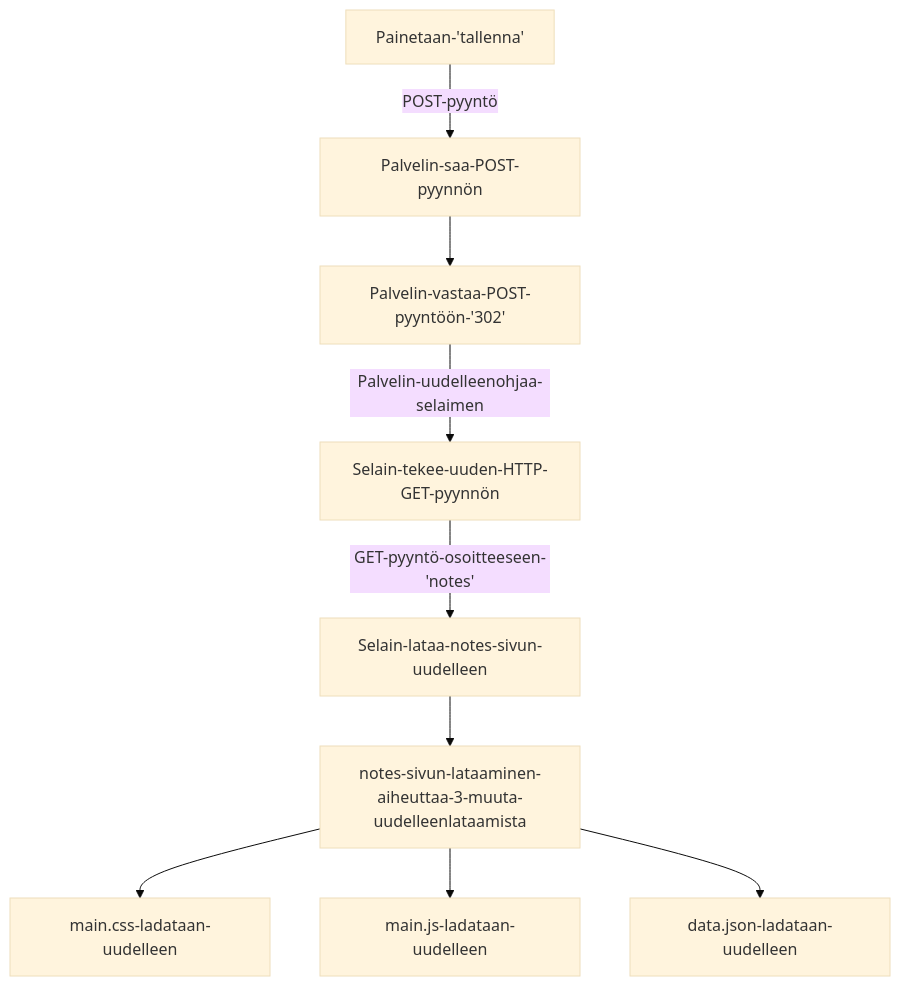
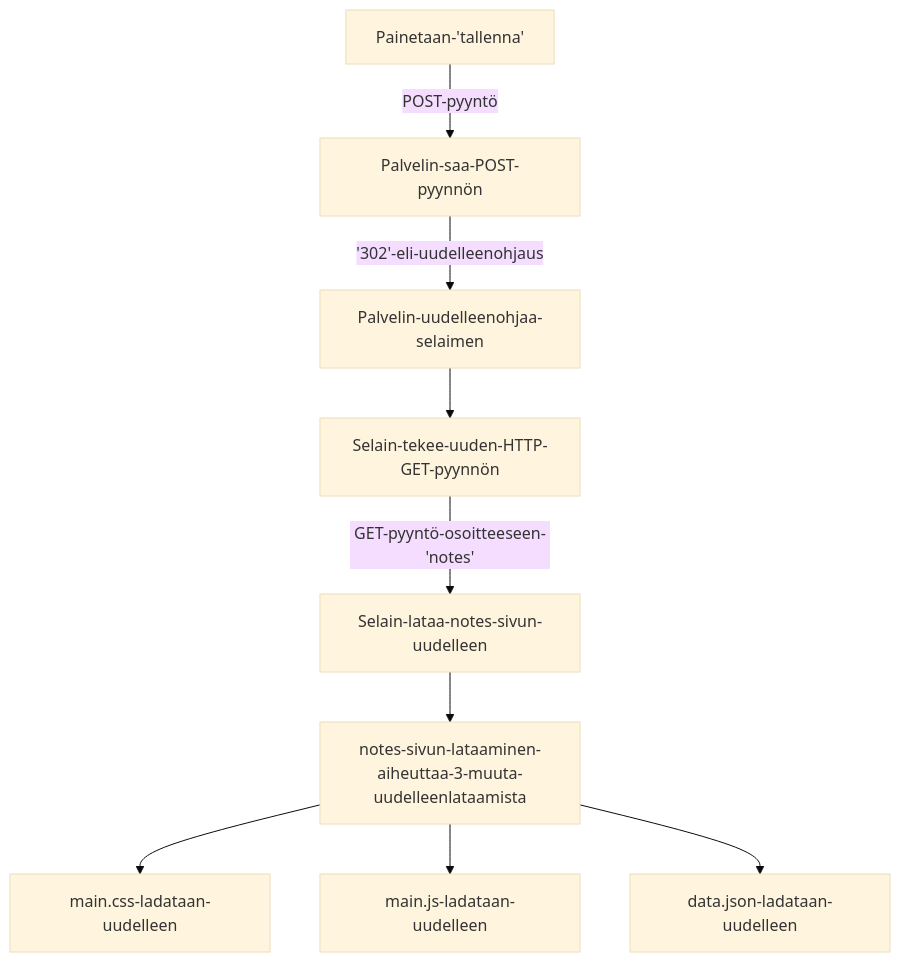
One commit to PasiParviainen/Fullstackosa0 changed the diagram in 0.4.md. Above: the diagram before and after it, drawn with Mermaid (base theme).

````diff
--- a/0.4.md
+++ b/0.4.md
@@ -1,11 +1,11 @@
 ```mermaid
 graph TD;
   Painetaan-'tallenna'--POST-pyyntö-->
-  Palvelin-saa-POST-pyynnön-->
-  Palvelin-vastaa-POST-pyyntöön-'302'--Palvelin-uudelleenohjaa-selaimen-->
+  Palvelin-saa-POST-pyynnön--'302'-eli-uudelleenohjaus-->
+  Palvelin-uudelleenohjaa-selaimen-->
   Selain-tekee-uuden-HTTP-GET-pyynnön--GET-pyyntö-osoitteeseen-'notes'-->
   Selain-lataa-notes-sivun-uudelleen-->
   notes-sivun-lataaminen-aiheuttaa-3-muuta-uudelleenlataamista-->main.css-ladataan-uudelleen
   notes-sivun-lataaminen-aiheuttaa-3-muuta-uudelleenlataamista-->main.js-ladataan-uudelleen
   notes-sivun-lataaminen-aiheuttaa-3-muuta-uudelleenlataamista-->data.json-ladataan-uudelleen;
 ```
````
